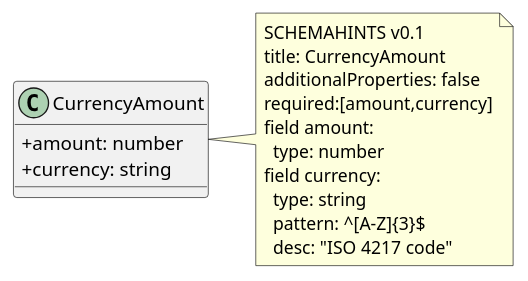
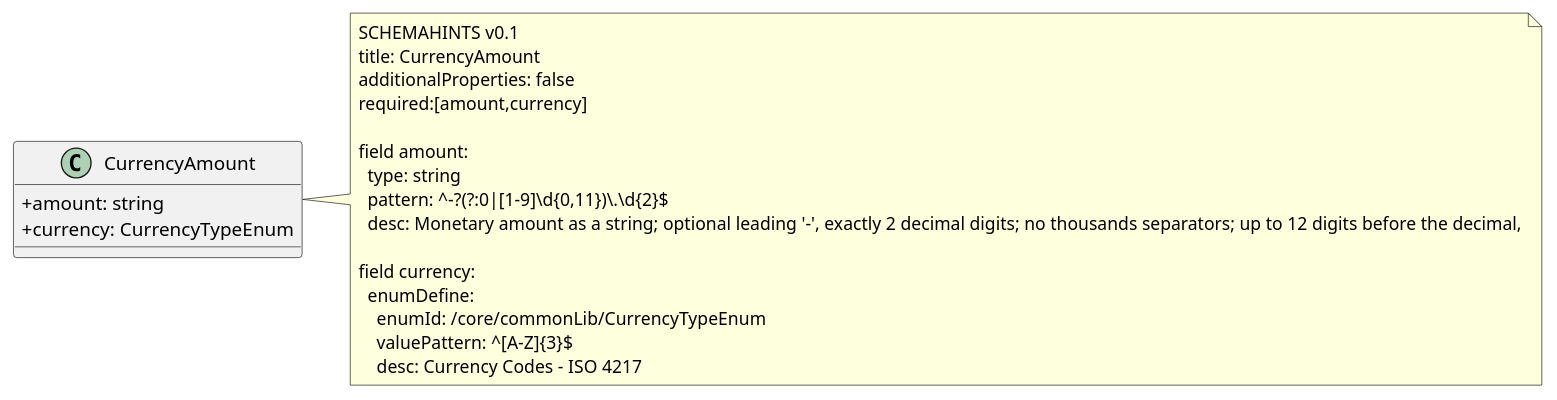
Before and after one commit to decentralized-identity/hatpro-schema-temp: the diagram in packages/core/puml/commonLib/CurrencyAmount.puml, drawn with PlantUML. The commit also changed 81 other files, not shown here.

```diff
--- a/packages/core/puml/commonLib/CurrencyAmount.puml
+++ b/packages/core/puml/commonLib/CurrencyAmount.puml
@@ -2,19 +2,25 @@
 @startuml
 skinparam classAttributeIconSize 0
 class CurrencyAmount {
-  +amount: number
-  +currency: string
+  +amount: string
+  +currency: CurrencyTypeEnum
 }
+
 note right of CurrencyAmount
 SCHEMAHINTS v0.1
 title: CurrencyAmount
 additionalProperties: false
 required:[amount,currency]
+
 field amount:
-  type: number
+  type: string
+  pattern: ^-?(?:0|[1-9]\d{0,11})\.\d{2}$
+  desc: Monetary amount as a string; optional leading '-', exactly 2 decimal digits; no thousands separators; up to 12 digits before the decimal,
+
 field currency:
-  type: string
-  pattern: ^[A-Z]{3}$
-  desc: "ISO 4217 code"
+  enumDefine:
+    enumId: /core/commonLib/CurrencyTypeEnum
+    valuePattern: ^[A-Z]{3}$
+    desc: Currency Codes - ISO 4217
 end note
 @enduml
```
